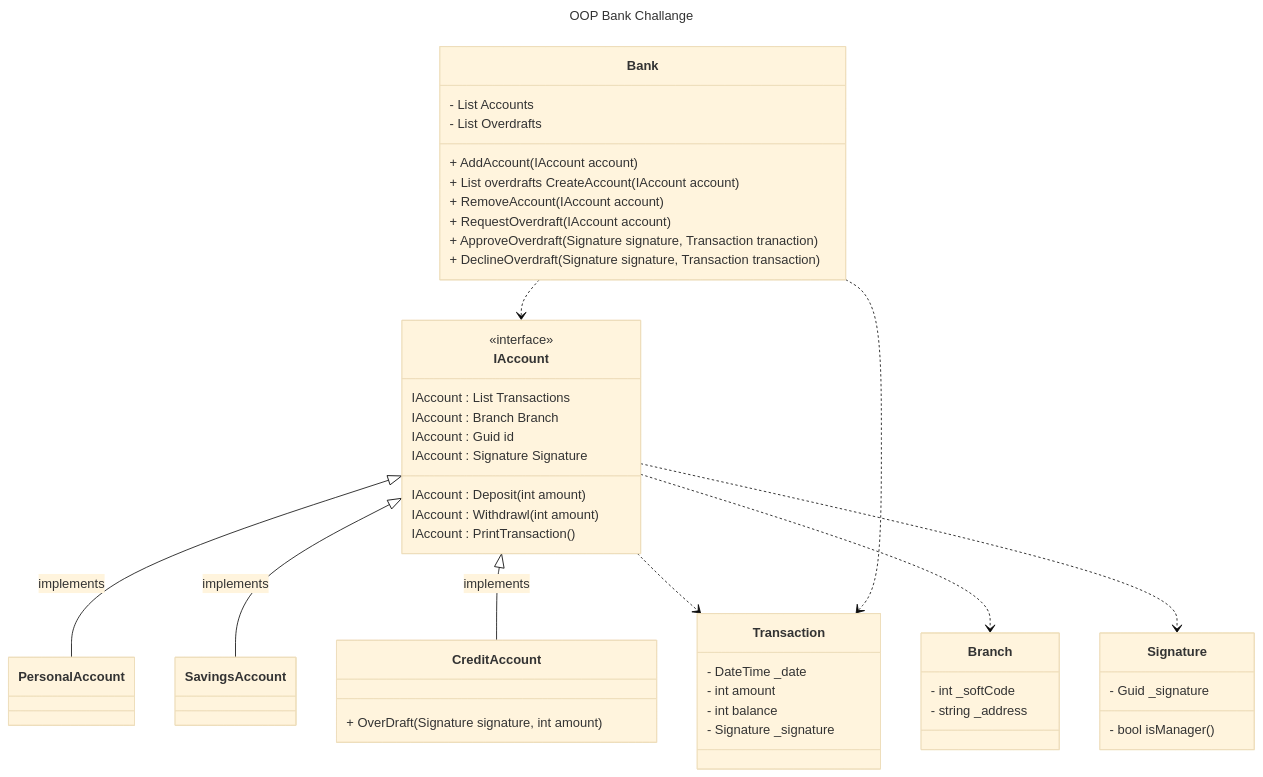
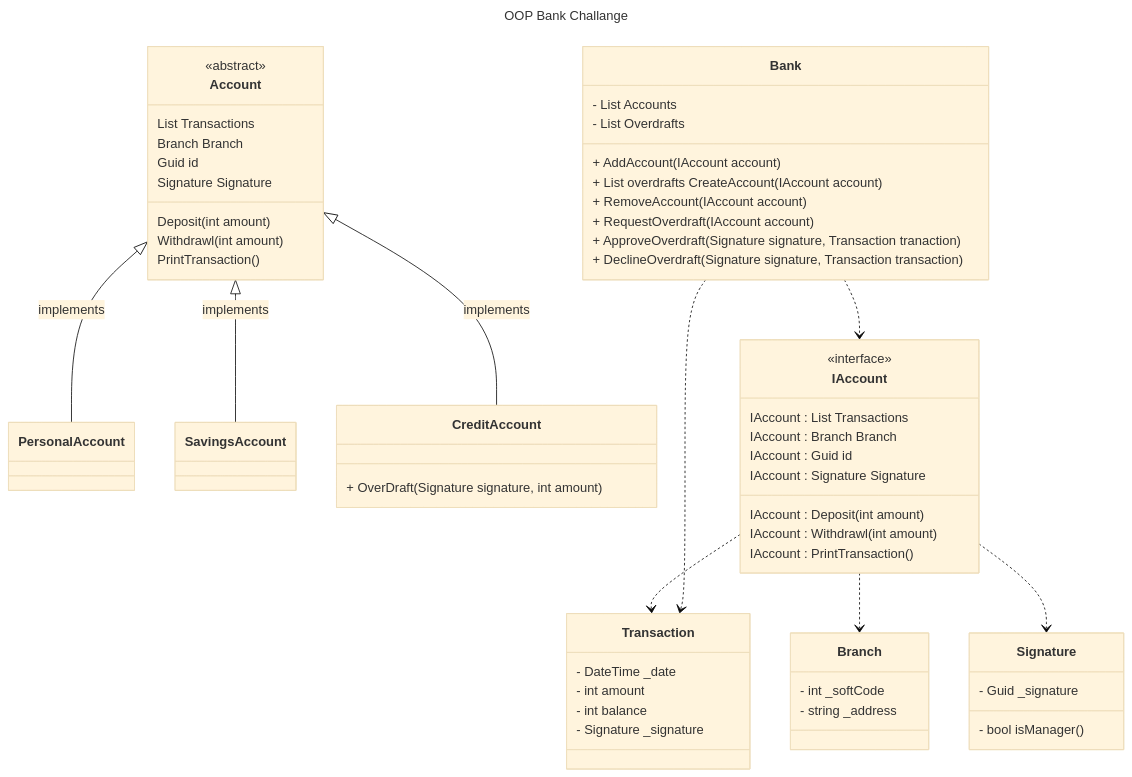
Before and after one commit to boolean-uk/csharp-tdd-oop-bank-challenge: the diagram in class-diagram.mmd, drawn with Mermaid (base theme). The commit also changed 4 other files, not shown here.

Commit message:
Updated domain & class diagram

```diff
--- a/class-diagram.mmd
+++ b/class-diagram.mmd
@@ -1,57 +1,67 @@
 ---
 title: OOP Bank Challange
 ---
 classDiagram
     
-    IAccount<|--PersonalAccount : implements
-    IAccount<|--SavingsAccount : implements
-    IAccount<|--CreditAccount : implements
+    Account<|--PersonalAccount : implements
+    Account<|--SavingsAccount : implements
+    Account<|--CreditAccount : implements
 
     IAccount..>Transaction
     IAccount..>Branch
     IAccount..>Signature
 
     Bank..>IAccount
     Bank..>Transaction
 
     class IAccount {
     <<interface>>
     IAccount : List<Transaction> Transactions
     IAccount : Branch Branch
     IAccount : Guid id
     IAccount : Signature Signature
     IAccount : Deposit(int amount)
     IAccount : Withdrawl(int amount)
     IAccount : PrintTransaction()
+    }
+    class Account {
+    <<abstract>>
+        List<Transaction> Transactions
+    Branch Branch
+    Guid id
+    Signature Signature
+    Deposit(int amount)
+    Withdrawl(int amount)
+    PrintTransaction()
     }
     class PersonalAccount{
     }
     class SavingsAccount{
     }
     class CreditAccount{
     + OverDraft(Signature signature, int amount)
     }
     class Transaction {
     - DateTime _date
     - int amount
     - int balance
     - Signature _signature 
     }
     class Signature {
     - Guid _signature
     - bool isManager()
     }
     class Branch {
     - int _softCode
     - string _address
     }
     class Bank{
     - List<IAccount> Accounts
     - List<Transaction> Overdrafts
     + AddAccount(IAccount account)
     + List overdrafts	CreateAccount(IAccount account)
     + RemoveAccount(IAccount account)
     + RequestOverdraft(IAccount account)
     + ApproveOverdraft(Signature signature, Transaction tranaction)	
     + DeclineOverdraft(Signature signature, Transaction transaction)
     }
```
